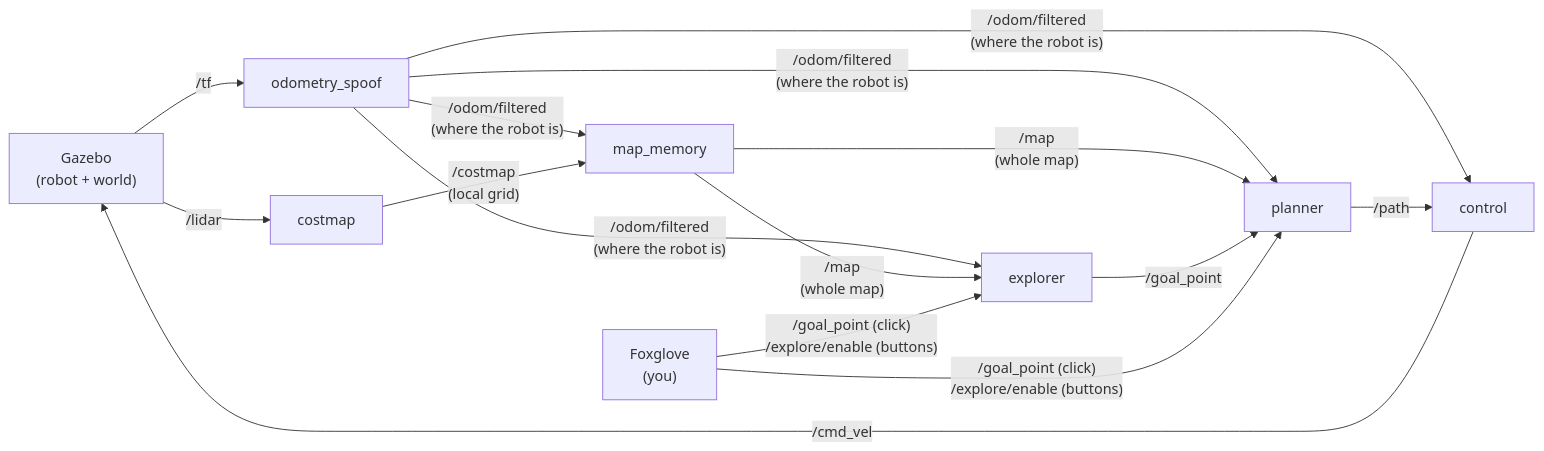
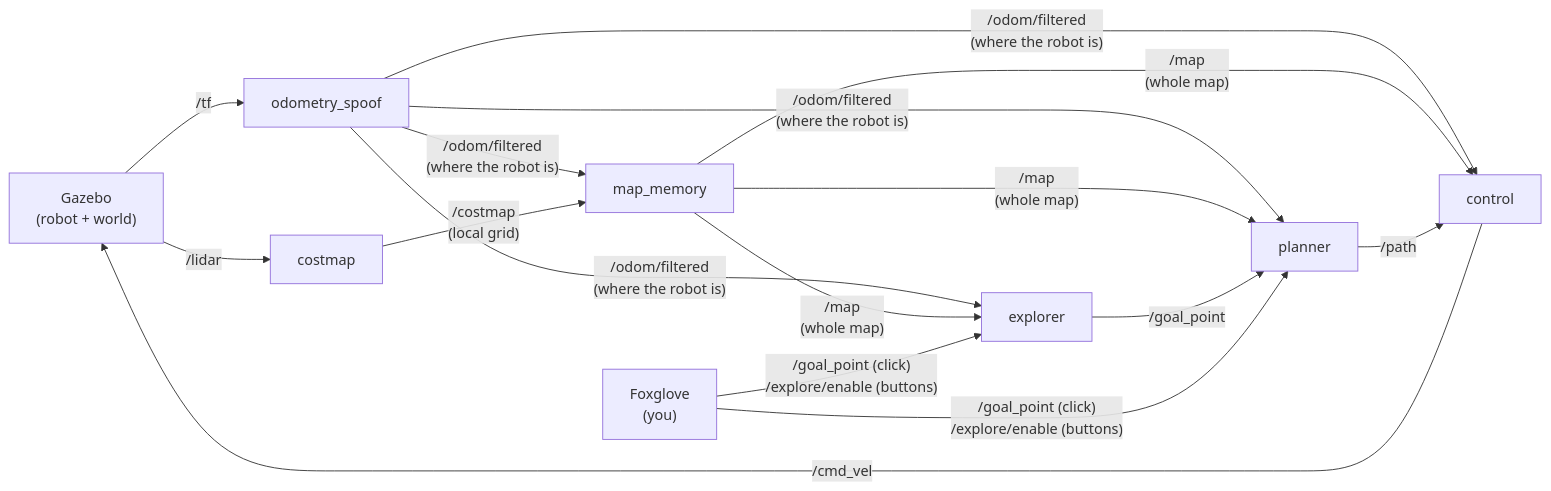
Before and after one commit to sulaimwn/wato_asd_training: the diagram in README.md, drawn with Mermaid. The commit also changed other lines of this file and 1 other file, not shown here.

````diff
--- a/README.md
+++ b/README.md
@@ -22,12 +22,12 @@
 ```mermaid
 flowchart LR
     sim["Gazebo<br/>(robot + world)"] -- "/lidar" --> costmap
     sim -- "/tf" --> odom[odometry_spoof]
     odom -- "/odom/filtered<br/>(where the robot is)" --> map_memory & planner & control & explorer
     costmap -- "/costmap<br/>(local grid)" --> map_memory
-    map_memory -- "/map<br/>(whole map)" --> planner & explorer
+    map_memory -- "/map<br/>(whole map)" --> planner & control & explorer
     explorer -- "/goal_point" --> planner
     foxglove["Foxglove<br/>(you)"] -- "/goal_point (click)<br/>/explore/enable (buttons)" --> planner & explorer
     planner -- "/path" --> control
     control -- "/cmd_vel" --> sim
 ```
````
